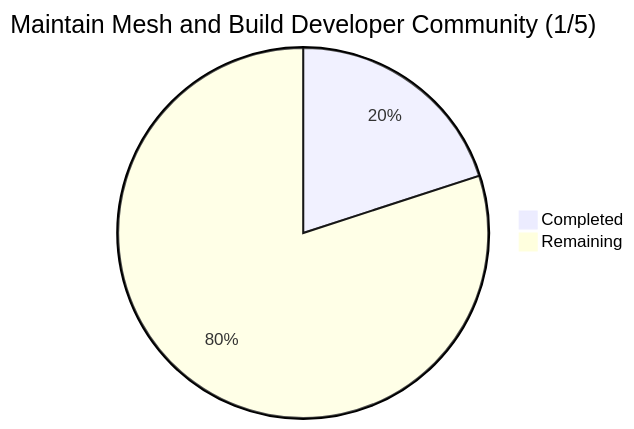
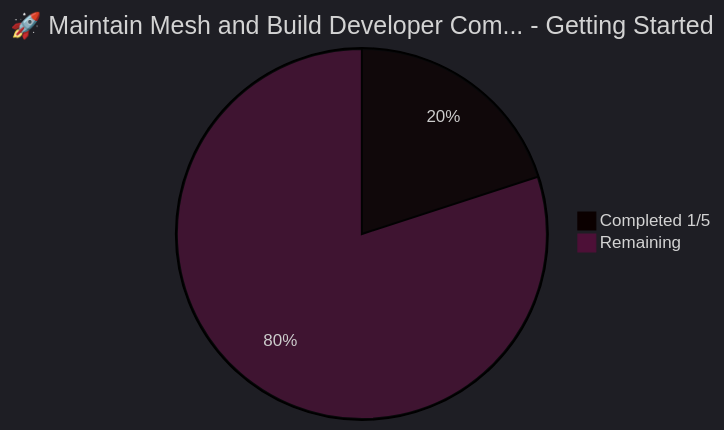
One commit to Andre-Diamond/test changed the tenth of 10 diagrams in README.md. Above: the diagram before and after it, drawn with Mermaid. The commit also changed other lines of this file, not shown here.

Commit message:
Update MeshJS Catalyst Projects README

````diff
--- a/README.md
+++ b/README.md
@@ -177,5 +251,7 @@
 ```mermaid
-pie title Maintain Mesh and Build Developer Community (1/5)
-    "Completed" : 1
+%%{init: {'theme':'dark'}}%%
+pie
+    title 🚀 Maintain Mesh and Build Developer Com... - Getting Started
+    "Completed 1/5" : 1
     "Remaining" : 4
 ```
````
